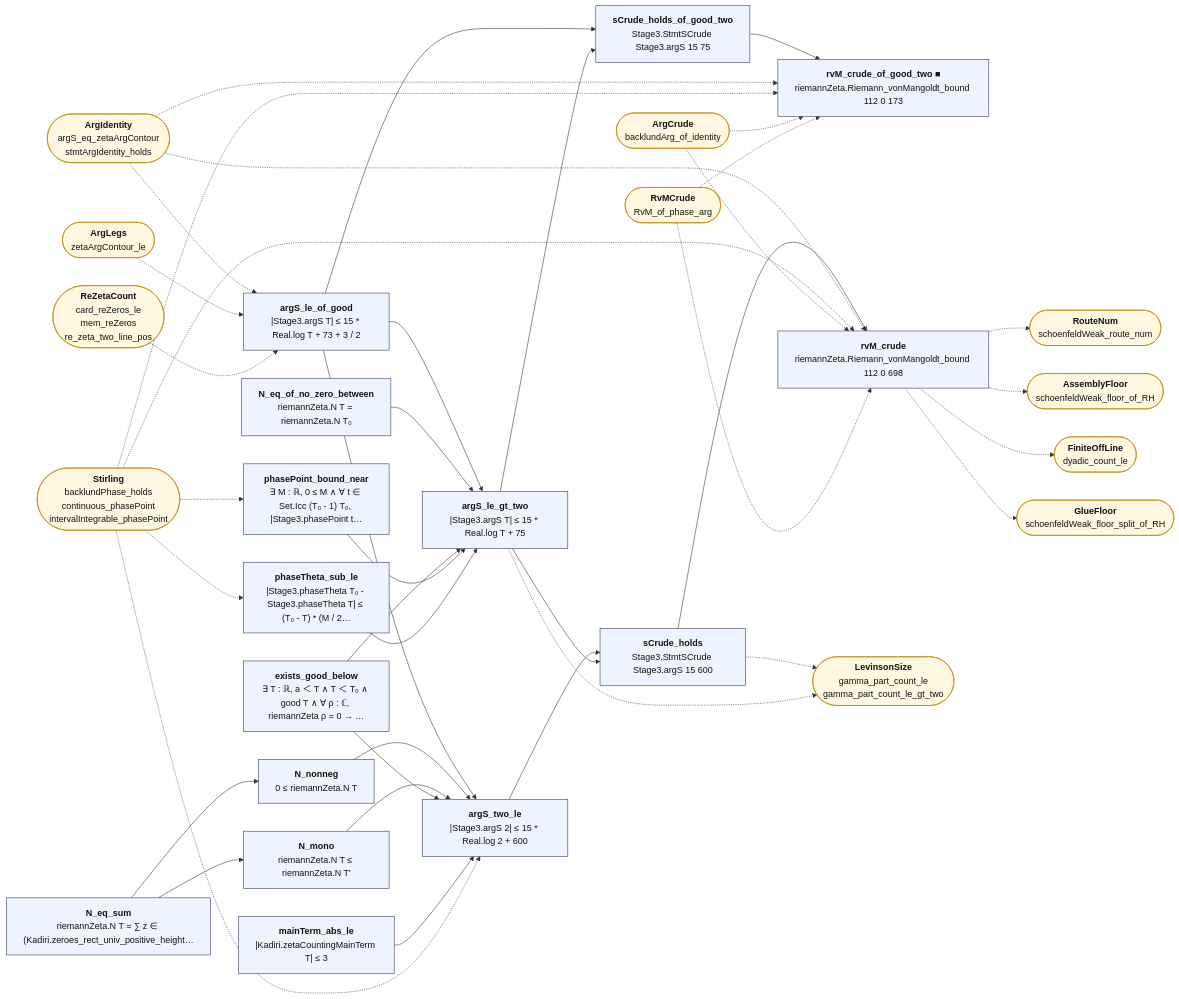
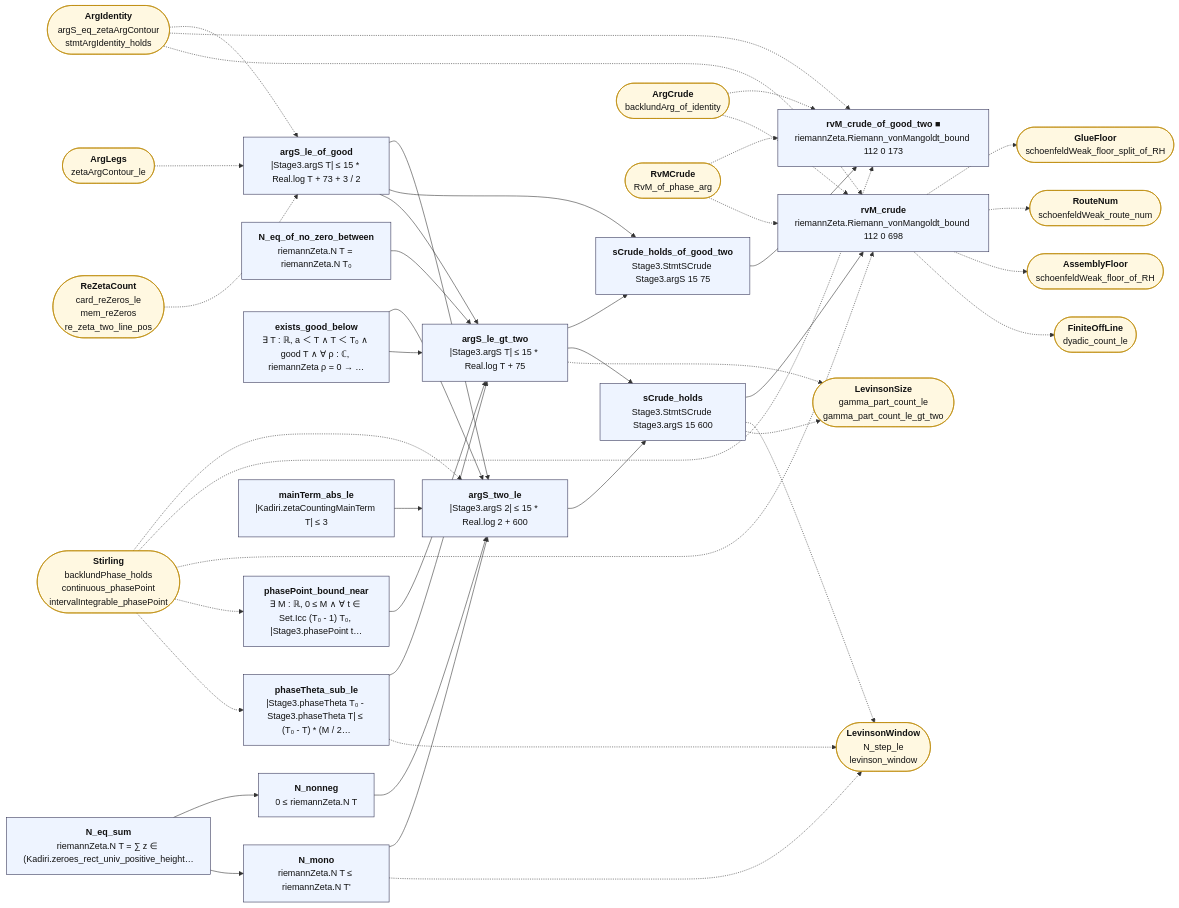
One commit to juliansambranojr/Primebeat_081426 changed the diagram in map/lean_stage3/ArgCount.md. Above: the diagram before and after it, drawn with Mermaid. The commit also changed other lines of this file and 37 other files, not shown here.

````diff
--- a/map/lean_stage3/ArgCount.md
+++ b/map/lean_stage3/ArgCount.md
@@ -12,75 +12,79 @@
 ```mermaid
 flowchart LR
   n0["<b>argS_le_of_good</b><br/>|Stage3.argS T| ≤ 15 * Real.log T + 73 + 3 / 2"]:::thm
   n1["<b>N_eq_sum</b><br/>riemannZeta.N T = ∑ z ∈ (Kadiri.zeroes_rect_univ_positive_height…"]:::thm
   n2["<b>N_nonneg</b><br/>0 ≤ riemannZeta.N T"]:::thm
   n3["<b>N_mono</b><br/>riemannZeta.N T ≤ riemannZeta.N T'"]:::thm
   n4["<b>N_eq_of_no_zero_between</b><br/>riemannZeta.N T = riemannZeta.N T₀"]:::thm
   n5["<b>exists_good_below</b><br/>∃ T : ℝ, a ＜ T ∧ T ＜ T₀ ∧ good T ∧ ∀ ρ : ℂ, riemannZeta ρ = 0 → …"]:::thm
   n6["<b>phasePoint_bound_near</b><br/>∃ M : ℝ, 0 ≤ M ∧ ∀ t ∈ Set.Icc (T₀ - 1) T₀, |Stage3.phasePoint t…"]:::thm
   n7["<b>phaseTheta_sub_le</b><br/>|Stage3.phaseTheta T₀ - Stage3.phaseTheta T| ≤ (T₀ - T) * (M / 2…"]:::thm
   n8["<b>argS_le_gt_two</b><br/>|Stage3.argS T| ≤ 15 * Real.log T + 75"]:::thm
   n9["<b>mainTerm_abs_le</b><br/>|Kadiri.zetaCountingMainTerm T| ≤ 3"]:::thm
   n10["<b>argS_two_le</b><br/>|Stage3.argS 2| ≤ 15 * Real.log 2 + 600"]:::thm
   n11["<b>sCrude_holds_of_good_two</b><br/>Stage3.StmtSCrude Stage3.argS 15 75"]:::thm
   n12["<b>sCrude_holds</b><br/>Stage3.StmtSCrude Stage3.argS 15 600"]:::thm
   n13["<b>rvM_crude_of_good_two ■</b><br/>riemannZeta.Riemann_vonMangoldt_bound 112 0 173"]:::thm
   n14["<b>rvM_crude</b><br/>riemannZeta.Riemann_vonMangoldt_bound 112 0 698"]:::thm
   x0(["<b>ArgIdentity</b><br/>argS_eq_zetaArgContour<br/>stmtArgIdentity_holds"]):::ext
   x1(["<b>ArgLegs</b><br/>zetaArgContour_le"]):::ext
   x2(["<b>ReZetaCount</b><br/>card_reZeros_le<br/>mem_reZeros<br/>re_zeta_two_line_pos"]):::ext
-  x3(["<b>Stirling</b><br/>backlundPhase_holds<br/>continuous_phasePoint<br/>intervalIntegrable_phasePoint"]):::ext
-  x4(["<b>LevinsonSize</b><br/>gamma_part_count_le<br/>gamma_part_count_le_gt_two"]):::ext
-  x5(["<b>ArgCrude</b><br/>backlundArg_of_identity"]):::ext
-  x6(["<b>RvMCrude</b><br/>RvM_of_phase_arg"]):::ext
-  x7(["<b>AssemblyFloor</b><br/>schoenfeldWeak_floor_of_RH"]):::ext
-  x8(["<b>FiniteOffLine</b><br/>dyadic_count_le"]):::ext
-  x9(["<b>GlueFloor</b><br/>schoenfeldWeak_floor_split_of_RH"]):::ext
-  x10(["<b>RouteNum</b><br/>schoenfeldWeak_route_num"]):::ext
+  x3(["<b>LevinsonWindow</b><br/>N_step_le<br/>levinson_window"]):::ext
+  x4(["<b>Stirling</b><br/>backlundPhase_holds<br/>continuous_phasePoint<br/>intervalIntegrable_phasePoint"]):::ext
+  x5(["<b>LevinsonSize</b><br/>gamma_part_count_le<br/>gamma_part_count_le_gt_two"]):::ext
+  x6(["<b>ArgCrude</b><br/>backlundArg_of_identity"]):::ext
+  x7(["<b>RvMCrude</b><br/>RvM_of_phase_arg"]):::ext
+  x8(["<b>AssemblyFloor</b><br/>schoenfeldWeak_floor_of_RH"]):::ext
+  x9(["<b>FiniteOffLine</b><br/>dyadic_count_le"]):::ext
+  x10(["<b>GlueFloor</b><br/>schoenfeldWeak_floor_split_of_RH"]):::ext
+  x11(["<b>RouteNum</b><br/>schoenfeldWeak_route_num"]):::ext
   n0 --> n10
   n0 --> n11
   n0 --> n8
   n1 --> n2
   n1 --> n3
   n10 --> n12
   n11 --> n13
   n12 --> n14
   n2 --> n10
   n3 --> n10
   n4 --> n8
   n5 --> n10
   n5 --> n8
   n6 --> n8
   n7 --> n8
   n8 --> n11
   n8 --> n12
   n9 --> n10
-  n12 -.-> x4
+  n12 -.-> x3
+  n12 -.-> x5
   n14 -.-> x10
-  n14 -.-> x7
+  n14 -.-> x11
   n14 -.-> x8
   n14 -.-> x9
-  n8 -.-> x4
+  n3 -.-> x3
+  n7 -.-> x3
+  n8 -.-> x5
   x0 -.-> n0
   x0 -.-> n13
   x0 -.-> n14
   x1 -.-> n0
   x2 -.-> n0
-  x3 -.-> n10
-  x3 -.-> n13
-  x3 -.-> n14
-  x3 -.-> n6
-  x3 -.-> n7
-  x5 -.-> n13
-  x5 -.-> n14
+  x4 -.-> n10
+  x4 -.-> n13
+  x4 -.-> n14
+  x4 -.-> n6
+  x4 -.-> n7
   x6 -.-> n13
   x6 -.-> n14
+  x7 -.-> n13
+  x7 -.-> n14
   classDef cnt fill:#dff5ec,stroke:#17694a,color:#111
   classDef shp fill:#f1ecfb,stroke:#5b3fa0,color:#111
   classDef rh fill:#ffe5e5,stroke:#c22,color:#111,stroke-width:2px
   classDef thm fill:#eef4ff,stroke:#335,color:#111
   classDef end_ fill:#e7f7e7,stroke:#2a7,color:#111,stroke-width:2px
   classDef lone fill:#fff,stroke:#999,color:#111,stroke-dasharray:4 3
   classDef bad fill:#ffe5e5,stroke:#c22,color:#111,stroke-width:2px
   classDef ext fill:#fff8e1,stroke:#b80,color:#111
 ```
````
